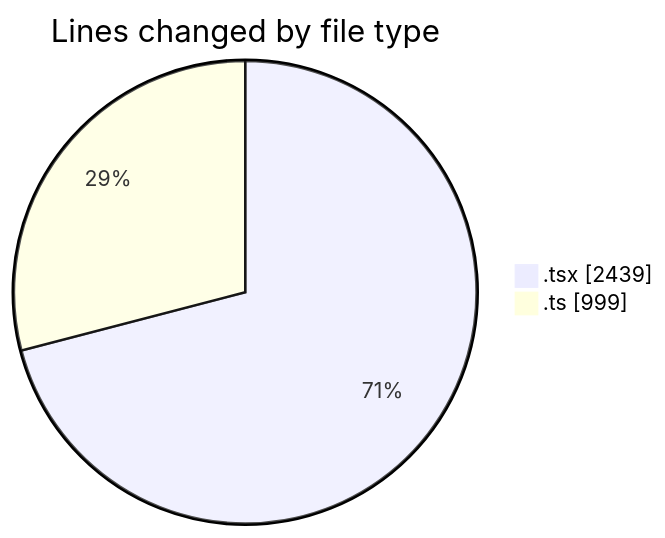
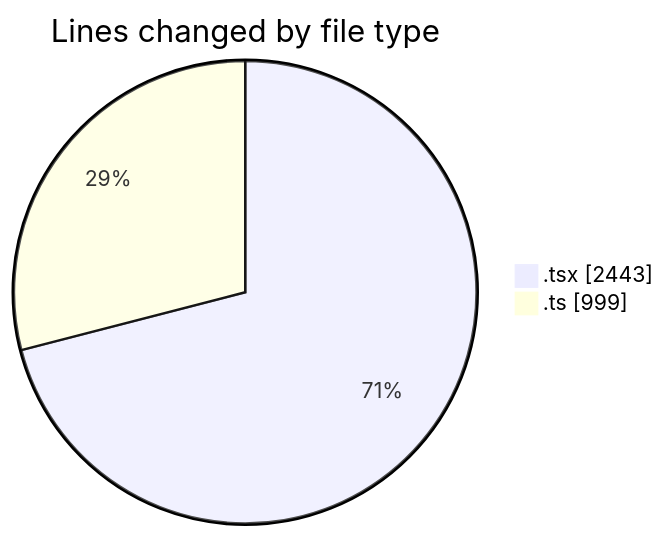
The first of 2 diagrams in 2025-07-02/cda/README.md (momahboobian/code-tracking), drawn with Mermaid before and after one commit. The commit also changed other lines of this file and 1 other file, not shown here.

````diff
--- a/2025-07-02/cda/README.md
+++ b/2025-07-02/cda/README.md
@@ -26,6 +26,6 @@
 ```mermaid
 pie showData
 title Lines changed by file type
-".tsx" : 2439
+".tsx" : 2443
 ".ts" : 999
 ```
````
